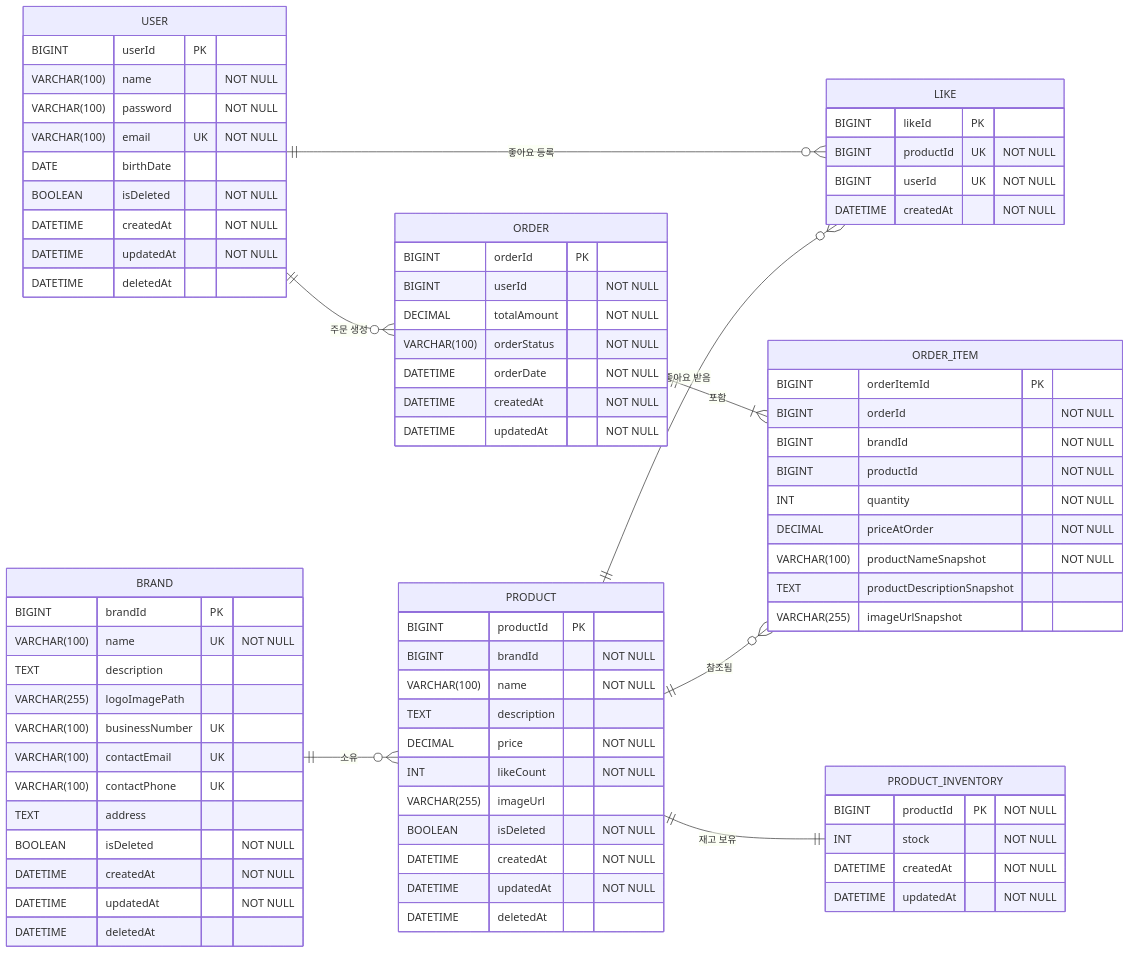
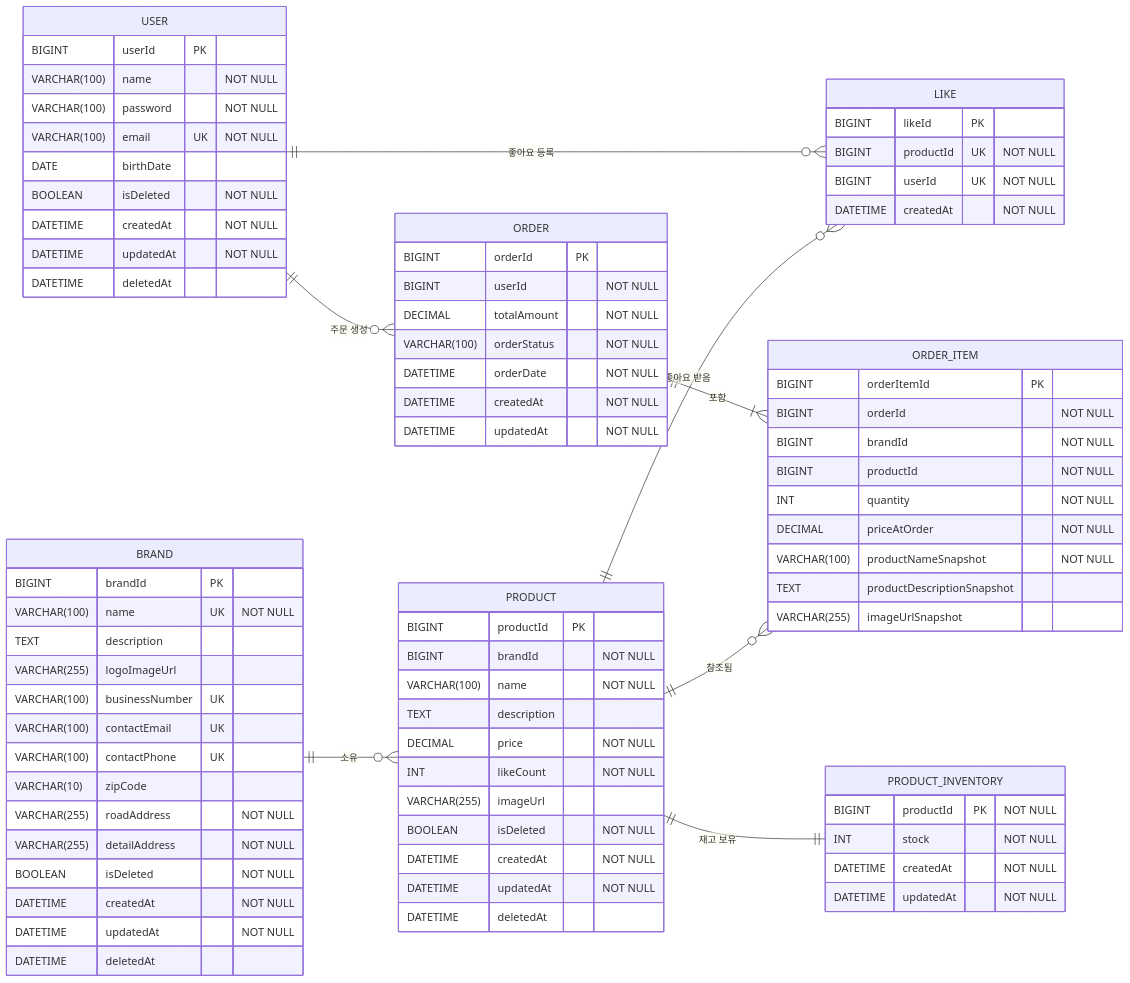
Before and after one commit to eoruadl/loop-pack-be-l2-vol3-kotlin: the diagram in .docs/design/04-erd.md, drawn with Mermaid. The commit also changed 1 other file, not shown here.

Commit message:
fix: 다이어그램 brand 관련 수정

```diff
--- a/.docs/design/04-erd.md
+++ b/.docs/design/04-erd.md
@@ -30,11 +30,13 @@
         BIGINT brandId PK
         VARCHAR(100) name UK "NOT NULL"
         TEXT description
-        VARCHAR(255) logoImagePath
+        VARCHAR(255) logoImageUrl
         VARCHAR(100) businessNumber UK
         VARCHAR(100) contactEmail UK
         VARCHAR(100) contactPhone UK
-        TEXT address
+        VARCHAR(10) zipCode
+        VARCHAR(255) roadAddress "NOT NULL"
+        VARCHAR(255) detailAddress "NOT NULL"
         BOOLEAN isDeleted "NOT NULL"
         DATETIME createdAt "NOT NULL"
         DATETIME updatedAt "NOT NULL"
```
